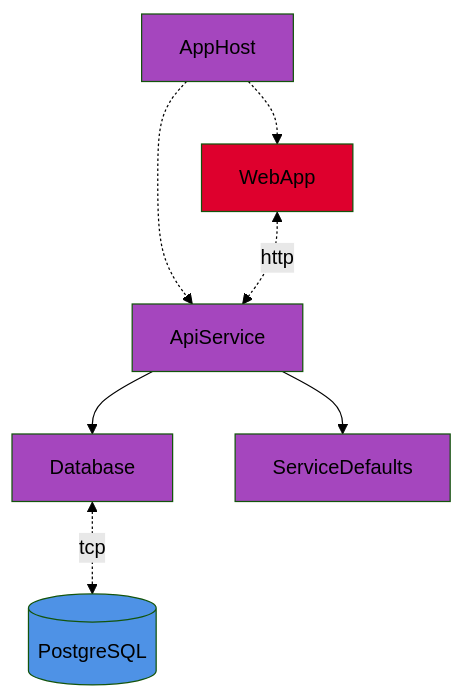
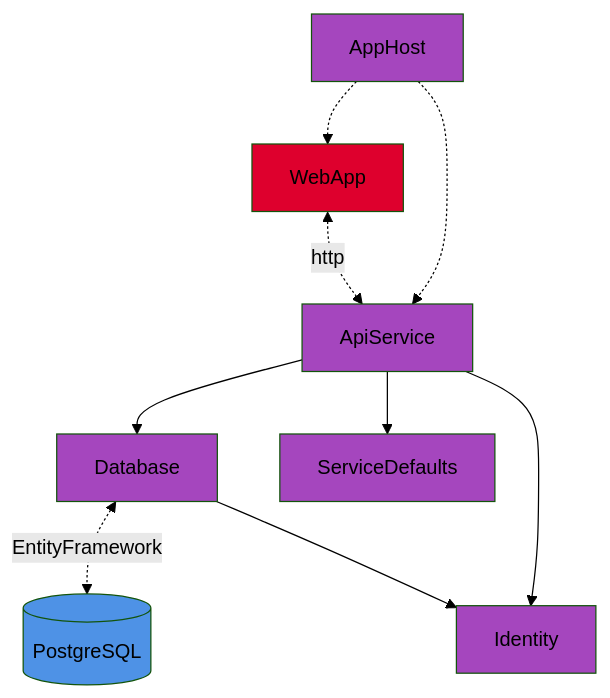
The second of 3 diagrams in src/MrHotel/AppHost/README.md (RafaMadera18/CS_Equipo4), drawn with Mermaid (forest theme) before and after one commit. The commit also changed other lines of this file and 1 other file, not shown here.

Commit message:
Add identity docs

````diff
--- a/src/MrHotel/AppHost/README.md
+++ b/src/MrHotel/AppHost/README.md
@@ -64,16 +64,19 @@
 ```mermaid
 graph TD
     style AppHost fill:#a546be
     style ApiService fill:#a546be
     style Database fill:#a546be
     style ServiceDefaults fill:#a546be
     style WebApp fill:#de002d
     style db fill:#4e92e6
+    style Identity fill:#a546be
 
     AppHost -.-> WebApp
     AppHost -.-> ApiService
     ApiService --> Database
     ApiService --> ServiceDefaults
     WebApp <-.->|http| ApiService
-    Database <-.->|tcp| db[(PostgreSQL)]
+    Database <-.->|EntityFramework| db[(PostgreSQL)]
+    ApiService --> Identity
+    Database --> Identity
 ```
````
